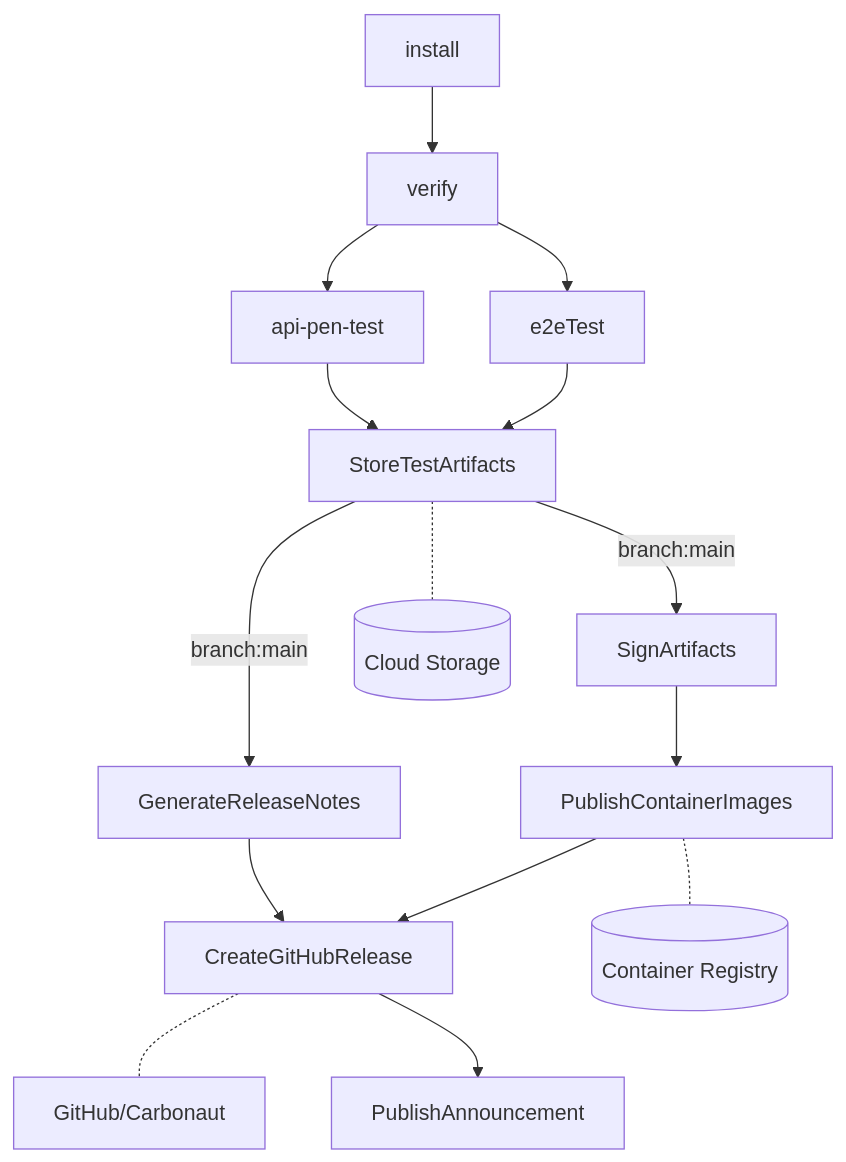
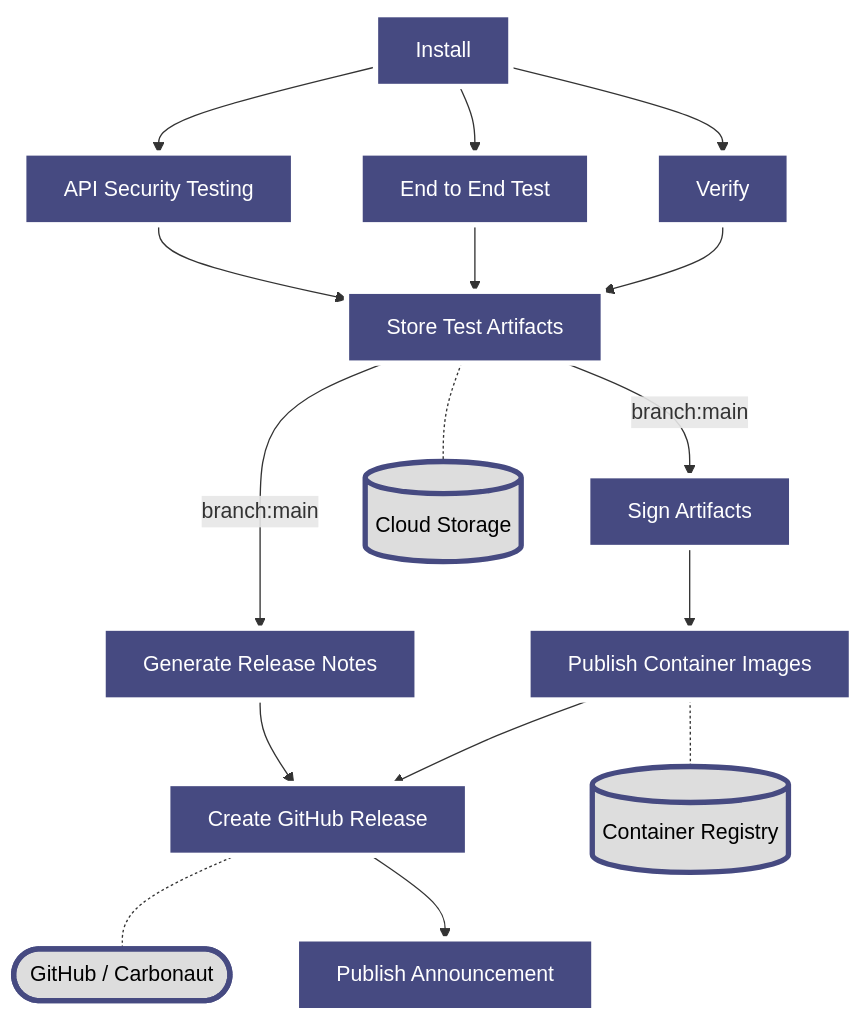
One commit to carbonaut-cloud/carbonaut changed the second of 2 diagrams in .circleci/README.md. Above: the diagram before and after it, drawn with Mermaid. The commit also changed other lines of this file and 6 other files, not shown here.

Commit message:
Update data API and carbonaut ci/cd plan

````diff
--- a/.circleci/README.md
+++ b/.circleci/README.md
@@ -31,9 +35,15 @@
 ```mermaid
 flowchart
-    install --> verify --> e2eTest & api-pen-test --> StoreTestArtifacts
-    StoreTestArtifacts -->|branch:main| SignArtifacts --> PublishContainerImages --> CreateGitHubRelease
+    install[Install] --> verify[Verify] & e2eTest[End to End Test] & api-pen-test[API Security Testing] --> StoreTestArtifacts[Store Test Artifacts]
+    StoreTestArtifacts -->|branch:main| SignArtifacts[Sign Artifacts] --> PublishContainerImages[Publish Container Images] --> CreateGitHubRelease[Create GitHub Release]
     PublishContainerImages -.- cr[(Container Registry)]
-    StoreTestArtifacts -->|branch:main| GenerateReleaseNotes --> CreateGitHubRelease -.- GitHub/Carbonaut
+    StoreTestArtifacts -->|branch:main| GenerateReleaseNotes[Generate Release Notes] --> CreateGitHubRelease -.- GHCarbonaut([GitHub / Carbonaut])
     StoreTestArtifacts -.- storage[(Cloud Storage)]
-    CreateGitHubRelease --> PublishAnnouncement
+    CreateGitHubRelease --> PublishAnnouncement[Publish Announcement]
+
+    classDef plain fill:#ddd,stroke:#464a81,stroke-width:4px,color:#000;
+    classDef carbonaut fill:#464a81,stroke:#fff,stroke-width:4px,color:#fff;
+    class GHCarbonaut,cr,storage plain;
+    class install,verify,e2eTest,api-pen-test,StoreTestArtifacts,CreateGitHubRelease,GenerateReleaseNotes,PublishAnnouncement,PublishContainerImages,SignArtifacts carbonaut;
+    
 ```
````
